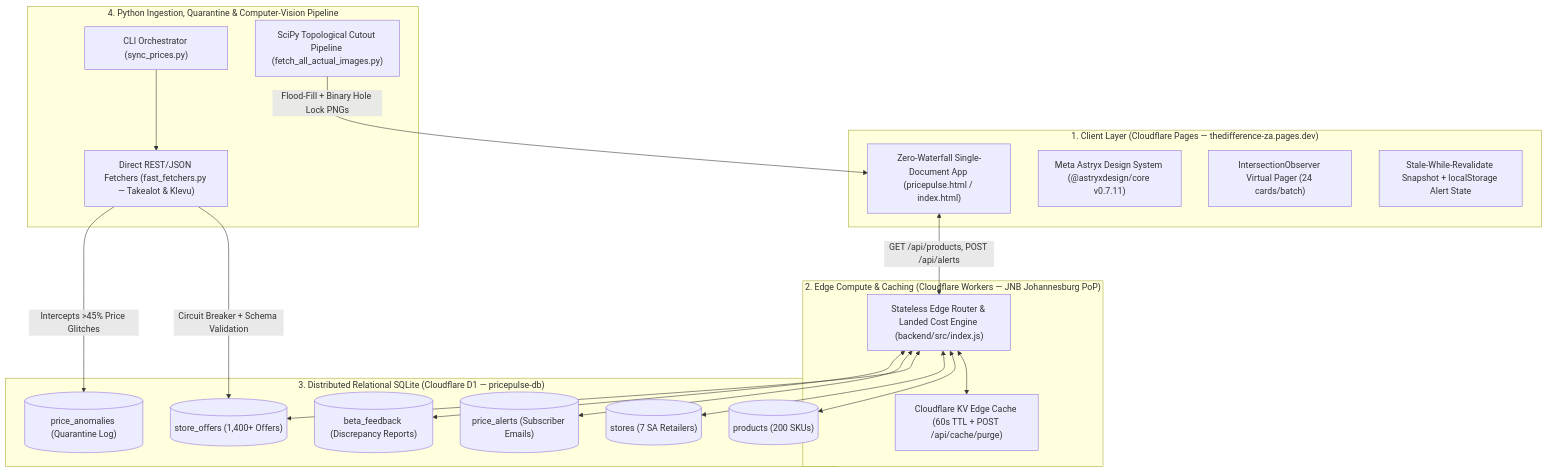
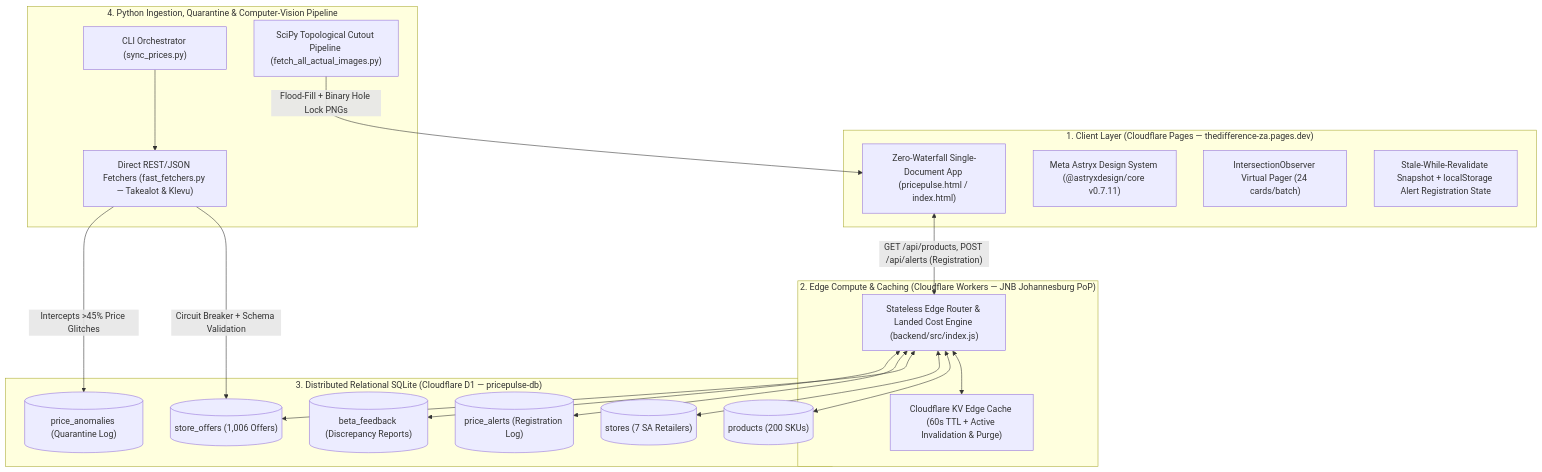
The diagram in README.md (reamogetswemolefe0190-cmd/thedifference-za), drawn with Mermaid before and after one commit. The commit also changed other lines of this file and 8 other files, not shown here.

Commit message:
fix(production): implement active KV cache deletion, harden D1 alert registration, align catalog & publish 108/108 test report

````diff
--- a/README.md
+++ b/README.md
@@ -51,37 +52,37 @@
 ```mermaid
 flowchart TB
     subgraph Client["1. Client Layer (Cloudflare Pages — thedifference-za.pages.dev)"]
         UI["Zero-Waterfall Single-Document App (pricepulse.html / index.html)"]
         Astryx["Meta Astryx Design System (@astryxdesign/core v0.7.11)"]
         VirtScroll["IntersectionObserver Virtual Pager (24 cards/batch)"]
-        LocalStore["Stale-While-Revalidate Snapshot + localStorage Alert State"]
+        LocalStore["Stale-While-Revalidate Snapshot + localStorage Alert Registration State"]
     end
 
     subgraph Edge["2. Edge Compute & Caching (Cloudflare Workers — JNB Johannesburg PoP)"]
         Worker["Stateless Edge Router & Landed Cost Engine (backend/src/index.js)"]
-        KVCache["Cloudflare KV Edge Cache (60s TTL + POST /api/cache/purge)"]
+        KVCache["Cloudflare KV Edge Cache (60s TTL + Active Invalidation & Purge)"]
     end
 
     subgraph Data["3. Distributed Relational SQLite (Cloudflare D1 — pricepulse-db)"]
         T_Prod[("products (200 SKUs)")]
         T_Stores[("stores (7 SA Retailers)")]
-        T_Offers[("store_offers (1,400+ Offers)")]
-        T_Alerts[("price_alerts (Subscriber Emails)")]
+        T_Offers[("store_offers (1,006 Offers)")]
+        T_Alerts[("price_alerts (Registration Log)")]
         T_Anom[("price_anomalies (Quarantine Log)")]
         T_Feed[("beta_feedback (Discrepancy Reports)")]
     end
 
     subgraph Pipeline["4. Python Ingestion, Quarantine & Computer-Vision Pipeline"]
         Sync["CLI Orchestrator (sync_prices.py)"]
         Fast["Direct REST/JSON Fetchers (fast_fetchers.py — Takealot & Klevu)"]
         Cutout["SciPy Topological Cutout Pipeline (fetch_all_actual_images.py)"]
     end
 
-    UI <-->|"GET /api/products, POST /api/alerts"| Worker
+    UI <-->|"GET /api/products, POST /api/alerts (Registration)"| Worker
     Worker <--> KVCache
     Worker <--> T_Prod & T_Stores & T_Offers & T_Alerts & T_Feed
     Sync --> Fast
     Fast -->|"Circuit Breaker + Schema Validation"| T_Offers
     Fast -->|"Intercepts >45% Price Glitches"| T_Anom
     Cutout -->|"Flood-Fill + Binary Hole Lock PNGs"| UI
 ```
````
